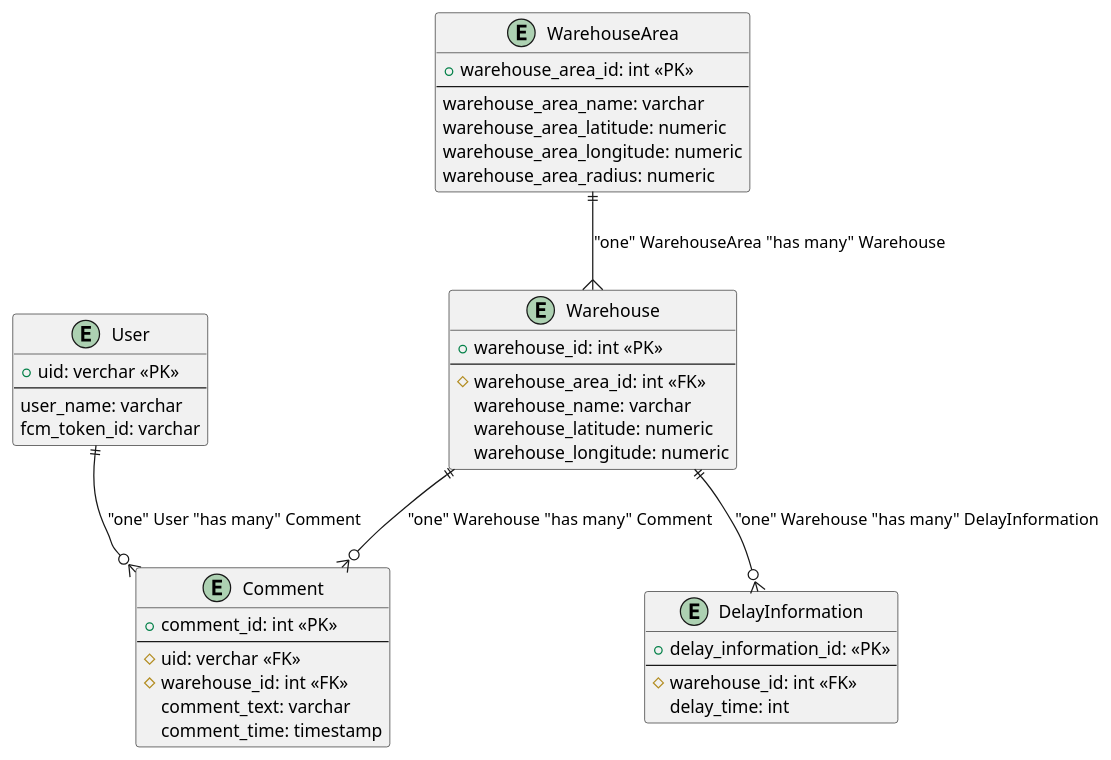
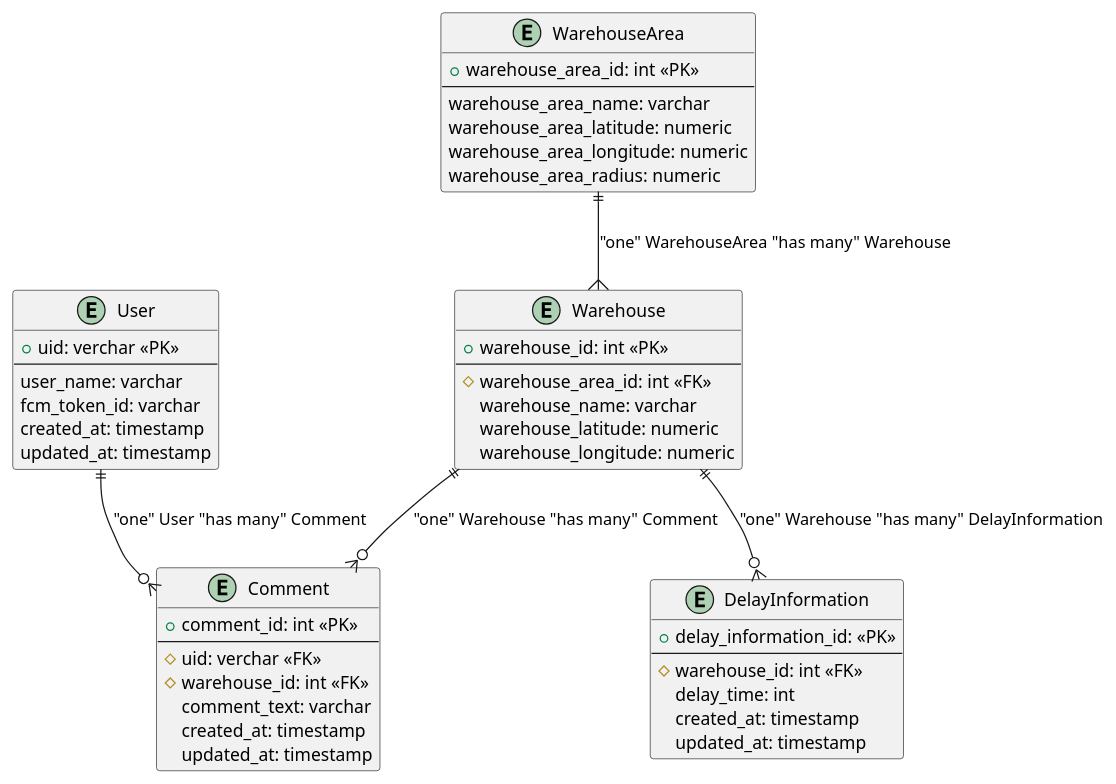
The diagram in docs/ER.puml (SEIZENSETSU/fleet-tracker-backend), drawn with PlantUML before and after one commit.

Commit message:
updage: 作成日と更新日を追加

```diff
--- a/docs/ER.puml
+++ b/docs/ER.puml
@@ -1,49 +1,54 @@
 @startuml fleet-tracker
 
 entity User as "User" {
     + uid: verchar <<PK>>
     --
     user_name: varchar
     fcm_token_id: varchar
+    created_at: timestamp
+    updated_at: timestamp
 }
 
 entity WarehouseArea as "WarehouseArea" {
     + warehouse_area_id: int <<PK>>
     --
     warehouse_area_name: varchar
     warehouse_area_latitude: numeric
     warehouse_area_longitude: numeric
     warehouse_area_radius: numeric
 }
 
 entity Warehouse as "Warehouse" {
     + warehouse_id: int <<PK>>
     --
     # warehouse_area_id: int <<FK>>
     warehouse_name: varchar
     warehouse_latitude: numeric
     warehouse_longitude: numeric
 }
 
 entity DelayInformation as "DelayInformation" {
     + delay_information_id: <<PK>>
     --
     # warehouse_id: int <<FK>>
     delay_time: int
+    created_at: timestamp
+    updated_at: timestamp
 }
 
 entity Comment as "Comment" {
     + comment_id: int <<PK>>
     --
     # uid: verchar <<FK>>
     # warehouse_id: int <<FK>>
     comment_text: varchar
-    comment_time: timestamp
+    created_at: timestamp
+    updated_at: timestamp
 }
 
 "WarehouseArea" ||--{ "Warehouse" : "one" WarehouseArea "has many" Warehouse
 "Warehouse" ||--o{ "DelayInformation" : "one" Warehouse "has many" DelayInformation
 "User" ||--o{ "Comment" : "one" User "has many" Comment
 "Warehouse" ||--o{ "Comment" : "one" Warehouse "has many" Comment
 
 @enduml
```
